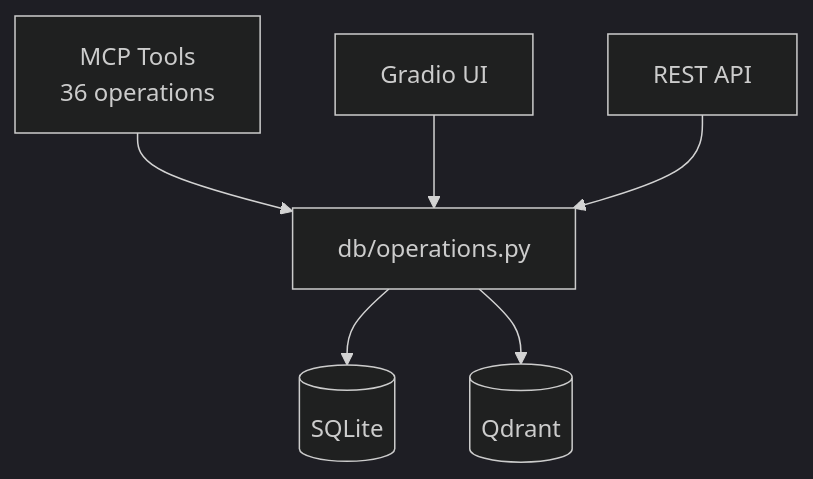
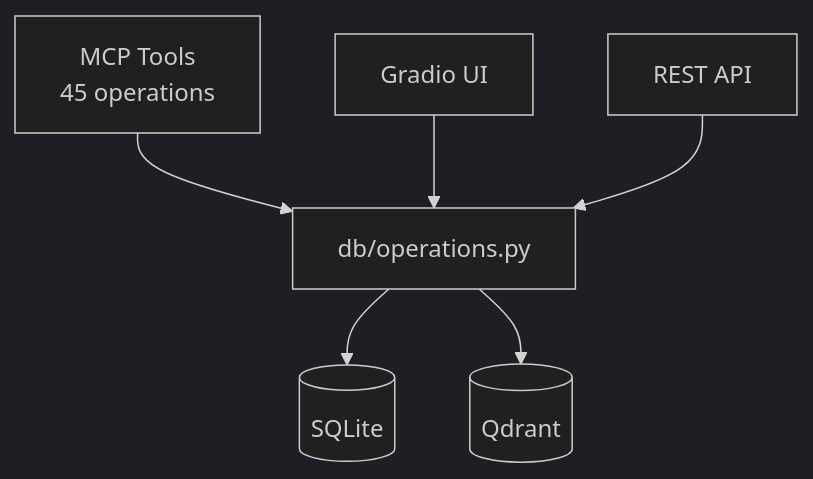
The second of 2 diagrams in README.md (janat-llc/janatpmp), drawn with Mermaid (dark theme) before and after one commit. The commit also changed other lines of this file and 12 other files, not shown here.

````diff
--- a/README.md
+++ b/README.md
@@ -38,8 +38,8 @@
 ```mermaid
 graph TB
-    MCP[MCP Tools<br/>36 operations] --> DB[db/operations.py]
+    MCP[MCP Tools<br/>45 operations] --> DB[db/operations.py]
     UI[Gradio UI] --> DB
     API[REST API] --> DB
     DB --> SQLite[(SQLite)]
     DB --> Qdrant[(Qdrant)]
 ```
````
